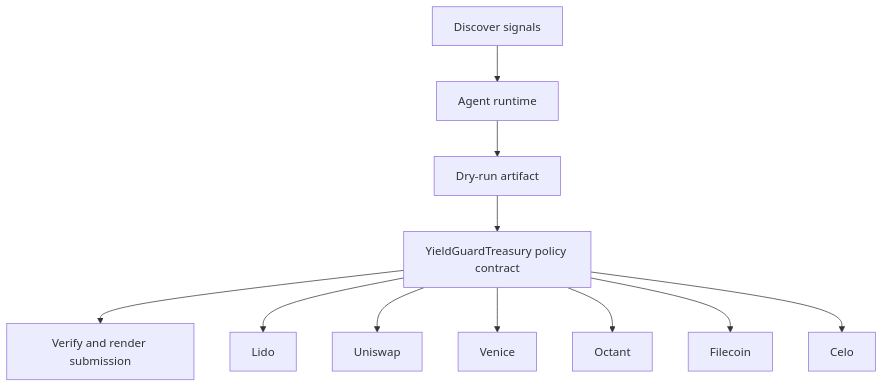
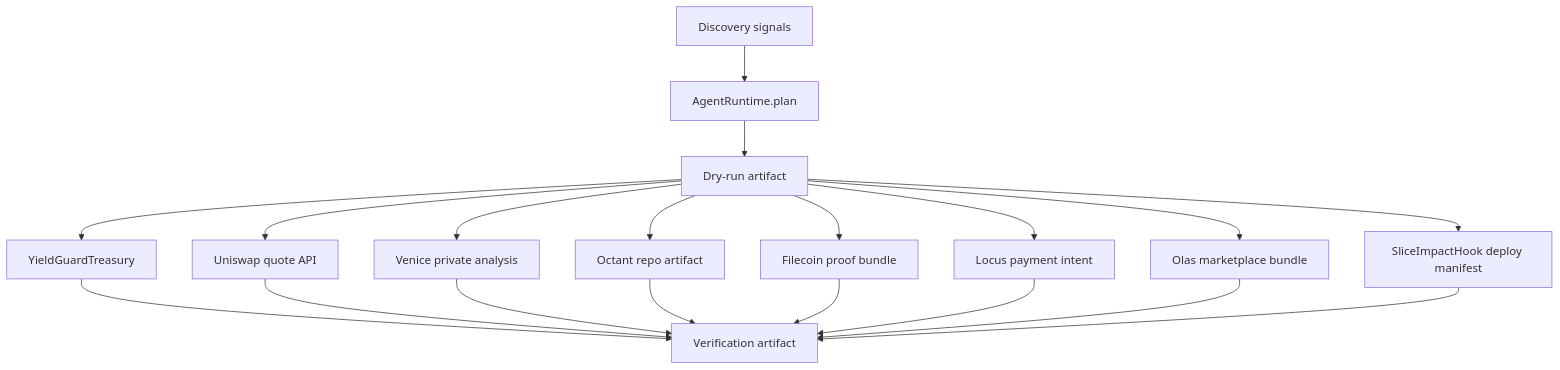
The diagram in docs/architecture.mmd (CrystallineButterfly/Synthesis-YieldGuard-OpenTrack), drawn with Mermaid before and after one commit. The commit also changed 29 other files, not shown here.

Commit message:
Finalize YieldGuard Sepolia submission

```diff
--- a/docs/architecture.mmd
+++ b/docs/architecture.mmd
@@ -1,13 +1,19 @@
 flowchart TD
-    Signals[Discover signals]
-    Planner[Agent runtime]
-    DryRun[Dry-run artifact]
-    Contract[YieldGuardTreasury policy contract]
-    Verify[Verify and render submission]
-    Signals --> Planner --> DryRun --> Contract --> Verify
-    Contract --> lido[Lido]
-    Contract --> uniswap[Uniswap]
-    Contract --> venice[Venice]
-    Contract --> octant[Octant]
-    Contract --> filecoin[Filecoin]
-    Contract --> celo[Celo]
+    signals[Discovery signals] --> planner[AgentRuntime.plan]
+    planner --> dryrun[Dry-run artifact]
+    dryrun --> treasury[YieldGuardTreasury]
+    dryrun --> uniswap[Uniswap quote API]
+    dryrun --> venice[Venice private analysis]
+    dryrun --> octant[Octant repo artifact]
+    dryrun --> filecoin[Filecoin proof bundle]
+    dryrun --> locus[Locus payment intent]
+    dryrun --> olas[Olas marketplace bundle]
+    dryrun --> slice[SliceImpactHook deploy manifest]
+    treasury --> verify[Verification artifact]
+    uniswap --> verify
+    venice --> verify
+    octant --> verify
+    filecoin --> verify
+    locus --> verify
+    olas --> verify
+    slice --> verify
```
